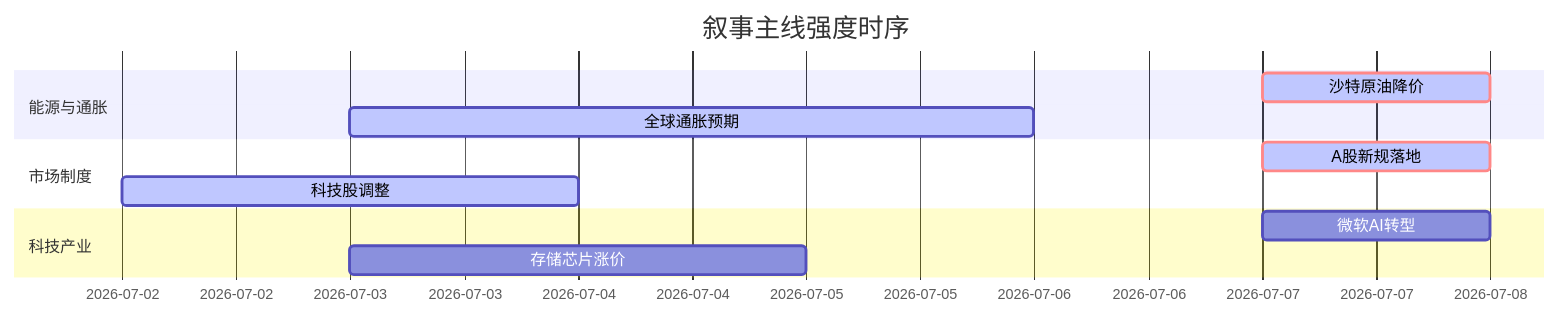
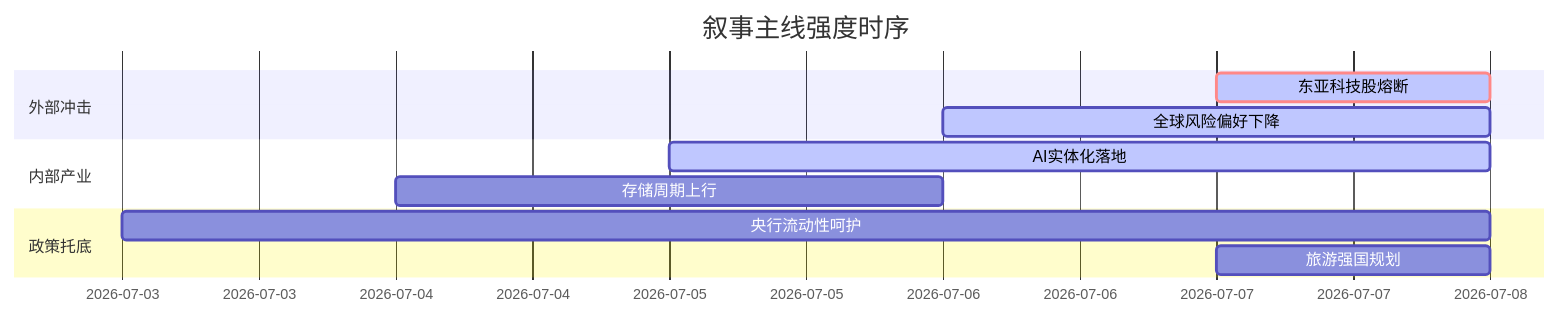
The diagram in 5day_report.md (uu5zn/uu5zn.github.io), drawn with Mermaid before and after one commit. The commit also changed other lines of this file and 24 other files, not shown here.

````diff
--- a/5day_report.md
+++ b/5day_report.md
@@ -54,16 +54,16 @@
 ```mermaid
 gantt
     title 叙事主线强度时序
     dateFormat  YYYY-MM-DD
-    section 能源与通胀
-    沙特原油降价   :crit, active, 2026-07-07, 1d
-    全球通胀预期   :active, 2026-07-03, 3d
+    section 外部冲击
+    东亚科技股熔断   :crit, active, 2026-07-07, 1d
+    全球风险偏好下降 :active, 2026-07-06, 2d
     
-    section 市场制度
-    A股新规落地     :crit, active, 2026-07-07, 1d
-    科技股调整       :active, 2026-07-02, 2d
+    section 内部产业
+    AI实体化落地     :active, 2026-07-05, 3d
+    存储周期上行     :2026-07-04, 2d
     
-    section 科技产业
-    微软AI转型       :2026-07-07, 1d
-    存储芯片涨价     :2026-07-03, 2d
+    section 政策托底
+    央行流动性呵护   :2026-07-03, 5d
+    旅游强国规划     :2026-07-07, 1d
 ```
````
